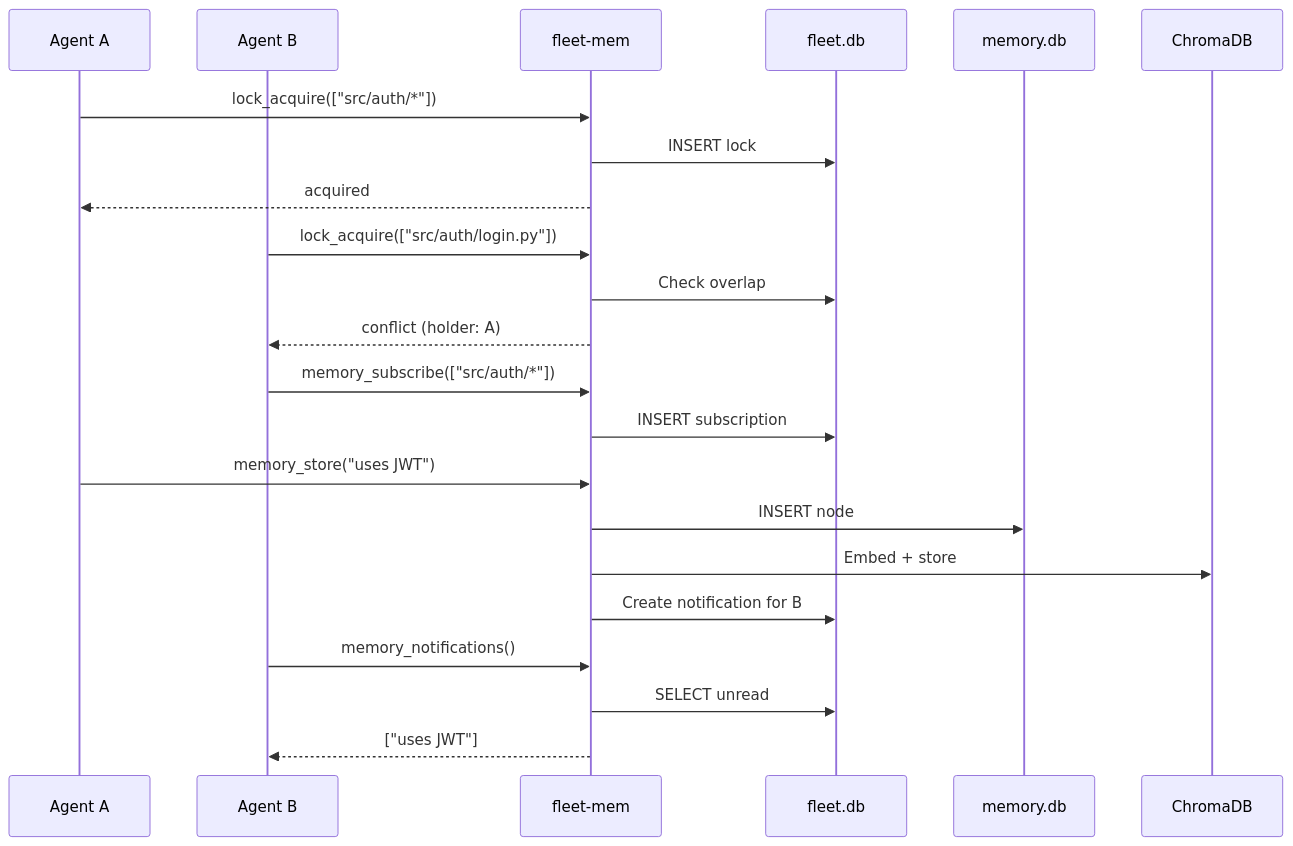
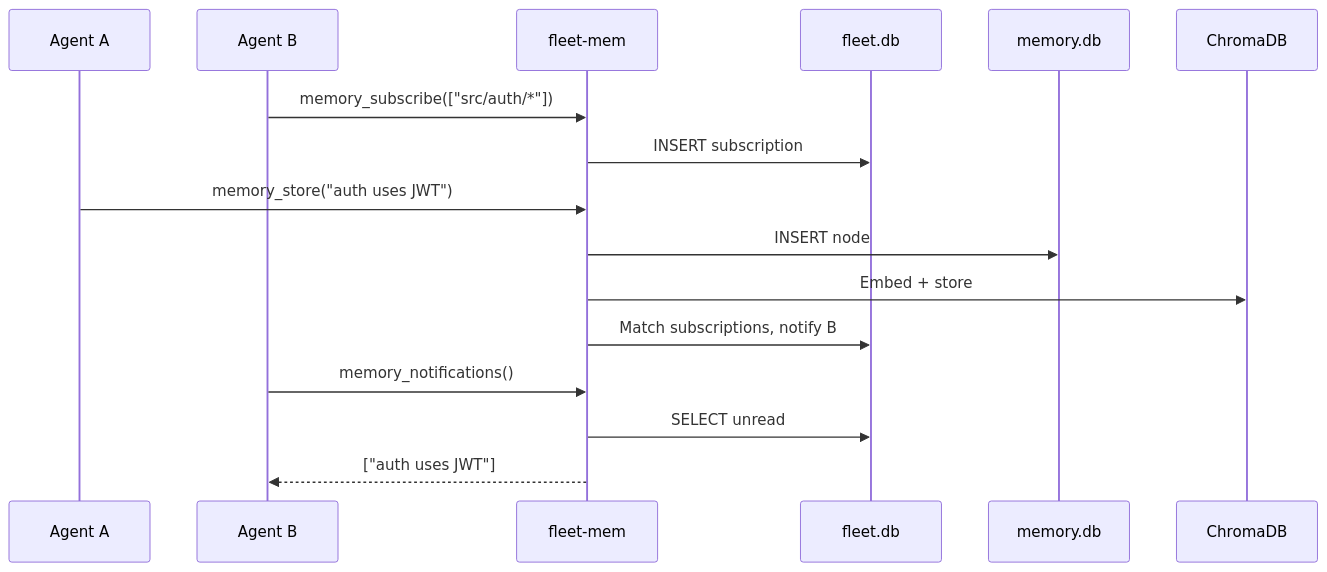
One commit to sam-ent/fleet-mem changed the sixth of 7 diagrams in README.md. Above: the diagram before and after it, drawn with Mermaid. The commit also changed other lines of this file, not shown here.

Commit message:
docs: split coordination diagram into locking + sharing, add venv note

````diff
--- a/README.md
+++ b/README.md
@@ -235,29 +267,21 @@
 ```mermaid
 sequenceDiagram
     participant A as Agent A
     participant B as Agent B
     participant FM as fleet-mem
     participant F as fleet.db
     participant M as memory.db
     participant C as ChromaDB
 
-    A->>FM: lock_acquire(["src/auth/*"])
-    FM->>F: INSERT lock
-    FM-->>A: acquired
-
-    B->>FM: lock_acquire(["src/auth/login.py"])
-    FM->>F: Check overlap
-    FM-->>B: conflict (holder: A)
-
     B->>FM: memory_subscribe(["src/auth/*"])
     FM->>F: INSERT subscription
 
-    A->>FM: memory_store("uses JWT")
+    A->>FM: memory_store("auth uses JWT")
     FM->>M: INSERT node
     FM->>C: Embed + store
-    FM->>F: Create notification for B
+    FM->>F: Match subscriptions, notify B
 
     B->>FM: memory_notifications()
     FM->>F: SELECT unread
-    FM-->>B: ["uses JWT"]
+    FM-->>B: ["auth uses JWT"]
 ```
````
